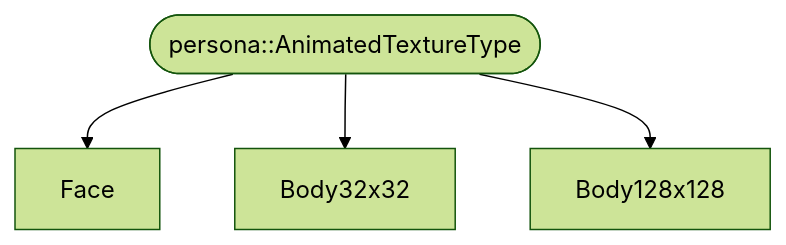
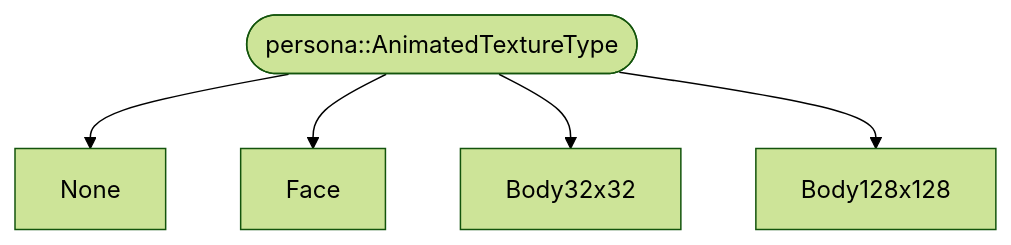
Before and after one commit to bedrock-v/protocol-docs: the diagram in schemas/enums/persona__AnimatedTextureType.md, drawn with Mermaid (forest theme). The commit also changed 114 other files, not shown here.

````diff
--- a/schemas/enums/persona__AnimatedTextureType.md
+++ b/schemas/enums/persona__AnimatedTextureType.md
@@ -5,7 +5,8 @@
 ```mermaid
 flowchart TB
   ROOT(["persona::AnimatedTextureType"])
+  ROOT --> None["None"]
   ROOT --> Face["Face"]
   ROOT --> Body32x32["Body32x32"]
   ROOT --> Body128x128["Body128x128"]
 ```
````
